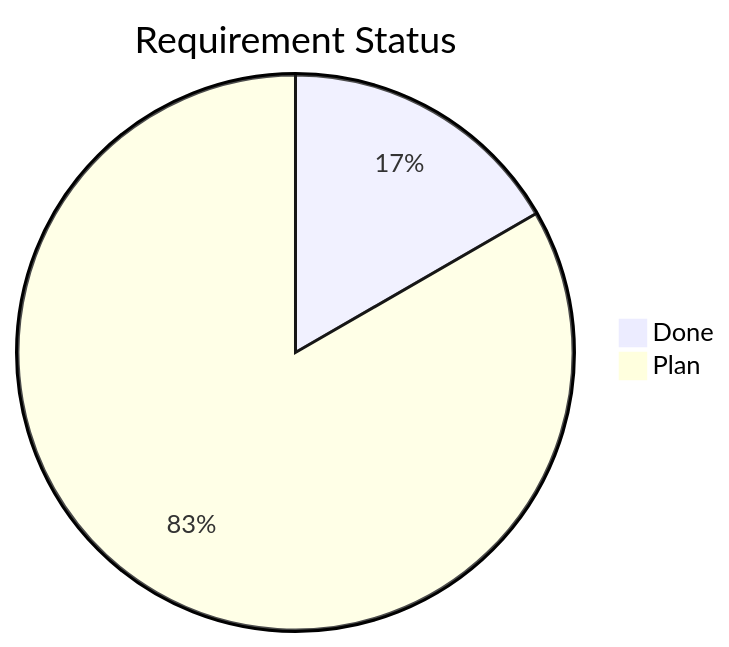
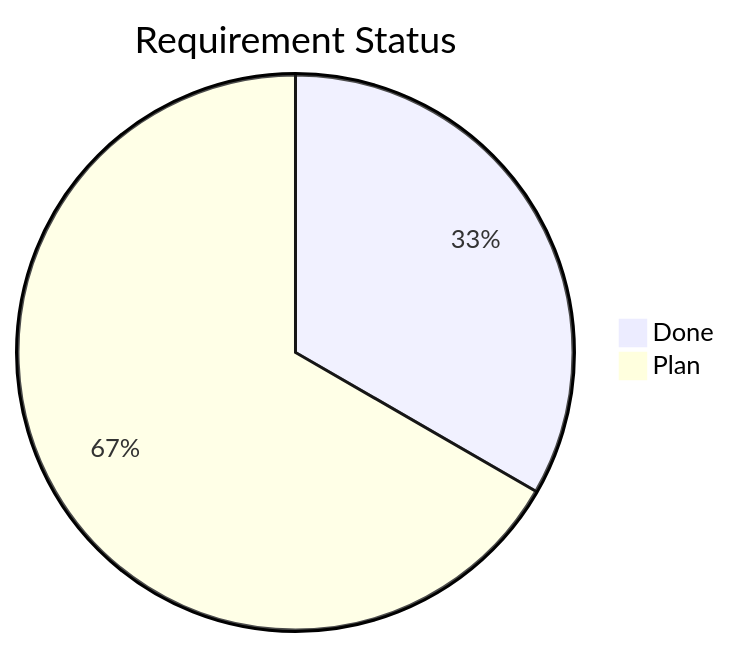
The first of 2 diagrams in .dev/blueprint.md (Hunter-Leo/clawd-relay), drawn with Mermaid before and after one commit. The commit also changed other lines of this file and 2 other files, not shown here.

````diff
--- a/.dev/blueprint.md
+++ b/.dev/blueprint.md
@@ -7,5 +7,5 @@
 ```mermaid
 pie title Requirement Status
-    "Done" : 1
-    "Plan" : 5
+    "Done" : 2
+    "Plan" : 4
 ```
````
